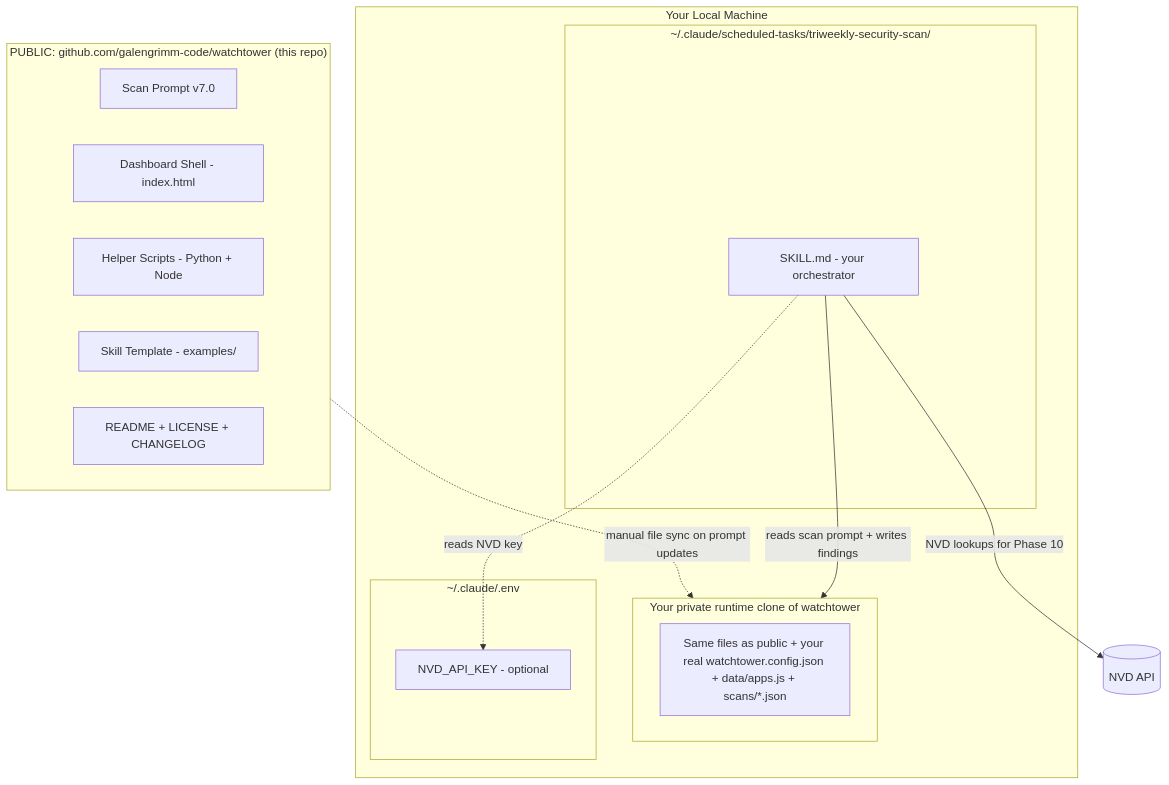
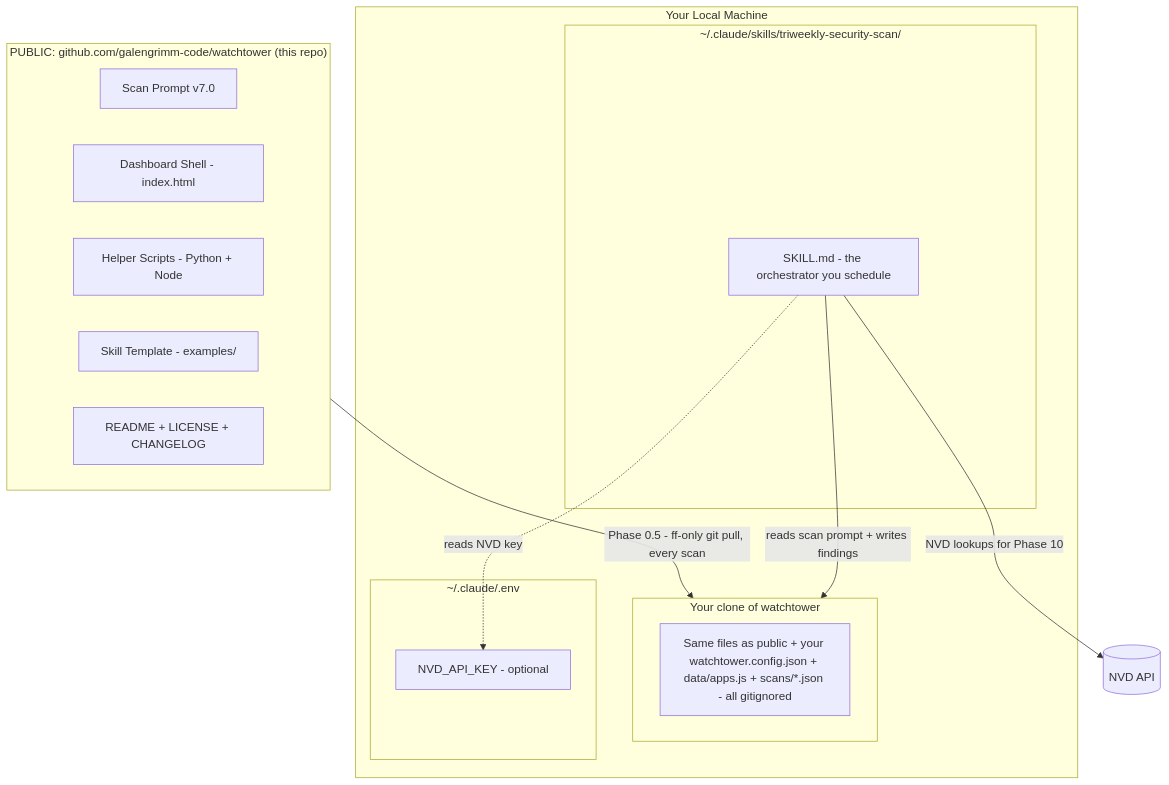
One commit to galengrimm-code/watchtower changed the first of 2 diagrams in README.md. Above: the diagram before and after it, drawn with Mermaid. The commit also changed other lines of this file and 3 other files, not shown here.

````diff
--- a/README.md
+++ b/README.md
@@ -35,29 +35,29 @@
 ```mermaid
 graph TB
     subgraph public["PUBLIC: github.com/galengrimm-code/watchtower (this repo)"]
         Prompt[Scan Prompt v7.0]
         Shell[Dashboard Shell - index.html]
         Scripts[Helper Scripts - Python + Node]
         Template[Skill Template - examples/]
         Docs[README + LICENSE + CHANGELOG]
     end
 
     subgraph local["Your Local Machine"]
-        subgraph private["Your private runtime clone of watchtower"]
-            Clone[Same files as public + your real watchtower.config.json + data/apps.js + scans/*.json]
+        subgraph clone["Your clone of watchtower"]
+            Clone[Same files as public + your watchtower.config.json + data/apps.js + scans/*.json - all gitignored]
         end
 
-        subgraph skillhome["~/.claude/scheduled-tasks/triweekly-security-scan/"]
-            Skill[SKILL.md - your orchestrator]
+        subgraph skillhome["~/.claude/skills/triweekly-security-scan/"]
+            Skill[SKILL.md - the orchestrator you schedule]
         end
 
         subgraph env["~/.claude/.env"]
             Secrets[NVD_API_KEY - optional]
         end
     end
 
-    public -.->|"manual file sync on prompt updates"| private
-    Skill -->|"reads scan prompt + writes findings"| private
+    public -->|"Phase 0.5 - ff-only git pull, every scan"| clone
+    Skill -->|"reads scan prompt + writes findings"| clone
     Skill -.->|"reads NVD key"| Secrets
     Skill -->|"NVD lookups for Phase 10"| NVD[(NVD API)]
 ```
````
